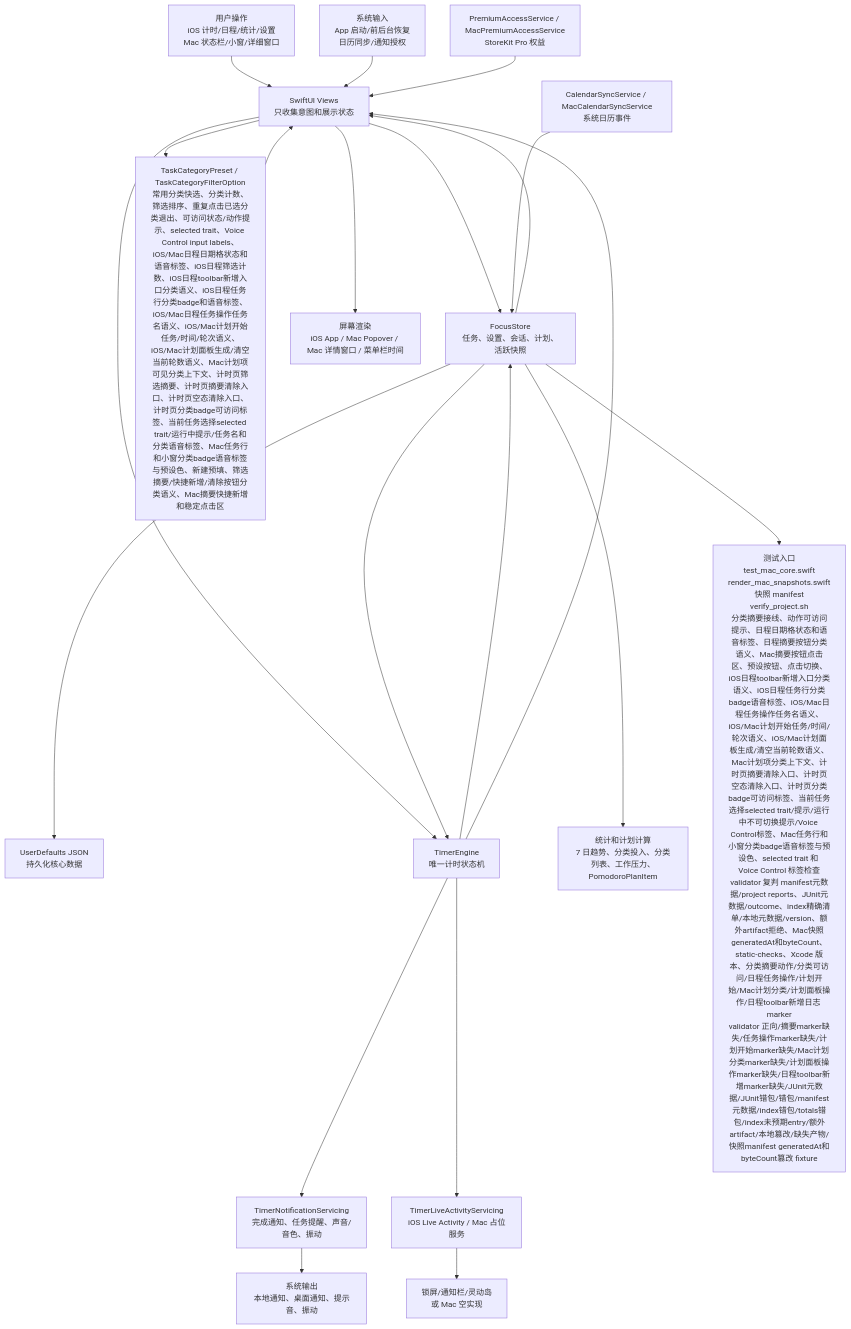
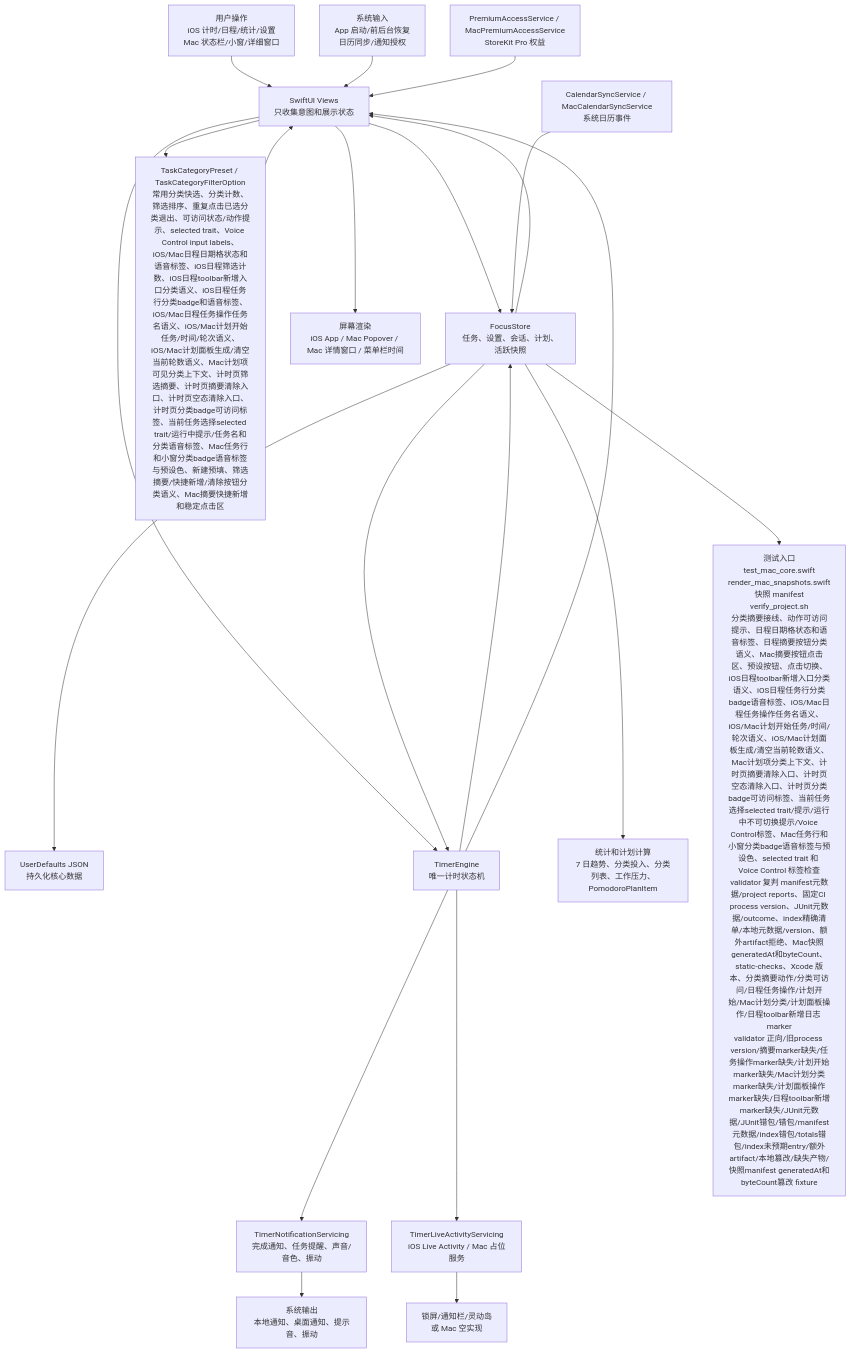
The first of 6 diagrams in md/flow/flowchart.md (Altman-sam114/114), drawn with Mermaid before and after one commit. The commit also changed other lines of this file and 7 other files, not shown here.

````diff
--- a/md/flow/flowchart.md
+++ b/md/flow/flowchart.md
@@ -9,23 +9,23 @@
 ```mermaid
 flowchart TD
   U["用户操作<br/>iOS 计时/日程/统计/设置<br/>Mac 状态栏/小窗/详细窗口"] --> V["SwiftUI Views<br/>只收集意图和展示状态"]
   SYS["系统输入<br/>App 启动/前后台恢复<br/>日历同步/通知授权"] --> V
   V --> S["FocusStore<br/>任务、设置、会话、计划、活跃快照"]
   V --> CAT["TaskCategoryPreset / TaskCategoryFilterOption<br/>常用分类快选、分类计数、筛选排序、重复点击已选分类退出、可访问状态/动作提示、selected trait、Voice Control input labels、iOS/Mac日程日期格状态和语音标签、iOS日程筛选计数、iOS日程toolbar新增入口分类语义、iOS日程任务行分类badge和语音标签、iOS/Mac日程任务操作任务名语义、iOS/Mac计划开始任务/时间/轮次语义、iOS/Mac计划面板生成/清空当前轮数语义、Mac计划项可见分类上下文、计时页筛选摘要、计时页摘要清除入口、计时页空态清除入口、计时页分类badge可访问标签、当前任务选择selected trait/运行中提示/任务名和分类语音标签、Mac任务行和小窗分类badge语音标签与预设色、新建预填、筛选摘要/快捷新增/清除按钮分类语义、Mac摘要快捷新增和稳定点击区"]
   CAT --> V
   S --> P["UserDefaults JSON<br/>持久化核心数据"]
   V --> E["TimerEngine<br/>唯一计时状态机"]
   S --> E
   E --> S
   E --> N["TimerNotificationServicing<br/>完成通知、任务提醒、声音/音色、振动"]
   E --> L["TimerLiveActivityServicing<br/>iOS Live Activity / Mac 占位服务"]
   S --> C["统计和计划计算<br/>7 日趋势、分类投入、分类列表、工作压力、PomodoroPlanItem"]
   CAL["CalendarSyncService / MacCalendarSyncService<br/>系统日历事件"] --> S
   PRO["PremiumAccessService / MacPremiumAccessService<br/>StoreKit Pro 权益"] --> V
   S --> V
   E --> V
   V --> OUT["屏幕渲染<br/>iOS App / Mac Popover / Mac 详情窗口 / 菜单栏时间"]
   N --> OUT2["系统输出<br/>本地通知、桌面通知、提示音、振动"]
   L --> OUT3["锁屏/通知栏/灵动岛<br/>或 Mac 空实现"]
-  S --> T["测试入口<br/>test_mac_core.swift<br/>render_mac_snapshots.swift<br/>快照 manifest<br/>verify_project.sh<br/>分类摘要接线、动作可访问提示、日程日期格状态和语音标签、日程摘要按钮分类语义、Mac摘要按钮点击区、预设按钮、点击切换、iOS日程toolbar新增入口分类语义、iOS日程任务行分类badge语音标签、iOS/Mac日程任务操作任务名语义、iOS/Mac计划开始任务/时间/轮次语义、iOS/Mac计划面板生成/清空当前轮数语义、Mac计划项分类上下文、计时页摘要清除入口、计时页空态清除入口、计时页分类badge可访问标签、当前任务选择selected trait/提示/运行中不可切换提示/Voice Control标签、Mac任务行和小窗分类badge语音标签与预设色、selected trait 和 Voice Control 标签检查<br/>validator 复判 manifest元数据/project reports、JUnit元数据/outcome、index精确清单/本地元数据/version、额外artifact拒绝、Mac快照generatedAt和byteCount、static-checks、Xcode 版本、分类摘要动作/分类可访问/日程任务操作/计划开始/Mac计划分类/计划面板操作/日程toolbar新增日志 marker<br/>validator 正向/摘要marker缺失/任务操作marker缺失/计划开始marker缺失/Mac计划分类marker缺失/计划面板操作marker缺失/日程toolbar新增marker缺失/JUnit元数据/JUnit错包/错包/manifest元数据/index错包/totals错包/index未预期entry/额外artifact/本地篡改/缺失产物/快照manifest generatedAt和byteCount篡改 fixture"]
+  S --> T["测试入口<br/>test_mac_core.swift<br/>render_mac_snapshots.swift<br/>快照 manifest<br/>verify_project.sh<br/>分类摘要接线、动作可访问提示、日程日期格状态和语音标签、日程摘要按钮分类语义、Mac摘要按钮点击区、预设按钮、点击切换、iOS日程toolbar新增入口分类语义、iOS日程任务行分类badge语音标签、iOS/Mac日程任务操作任务名语义、iOS/Mac计划开始任务/时间/轮次语义、iOS/Mac计划面板生成/清空当前轮数语义、Mac计划项分类上下文、计时页摘要清除入口、计时页空态清除入口、计时页分类badge可访问标签、当前任务选择selected trait/提示/运行中不可切换提示/Voice Control标签、Mac任务行和小窗分类badge语音标签与预设色、selected trait 和 Voice Control 标签检查<br/>validator 复判 manifest元数据/project reports、固定CI process version、JUnit元数据/outcome、index精确清单/本地元数据/version、额外artifact拒绝、Mac快照generatedAt和byteCount、static-checks、Xcode 版本、分类摘要动作/分类可访问/日程任务操作/计划开始/Mac计划分类/计划面板操作/日程toolbar新增日志 marker<br/>validator 正向/旧process version/摘要marker缺失/任务操作marker缺失/计划开始marker缺失/Mac计划分类marker缺失/计划面板操作marker缺失/日程toolbar新增marker缺失/JUnit元数据/JUnit错包/错包/manifest元数据/index错包/totals错包/index未预期entry/额外artifact/本地篡改/缺失产物/快照manifest generatedAt和byteCount篡改 fixture"]
 ```
````
